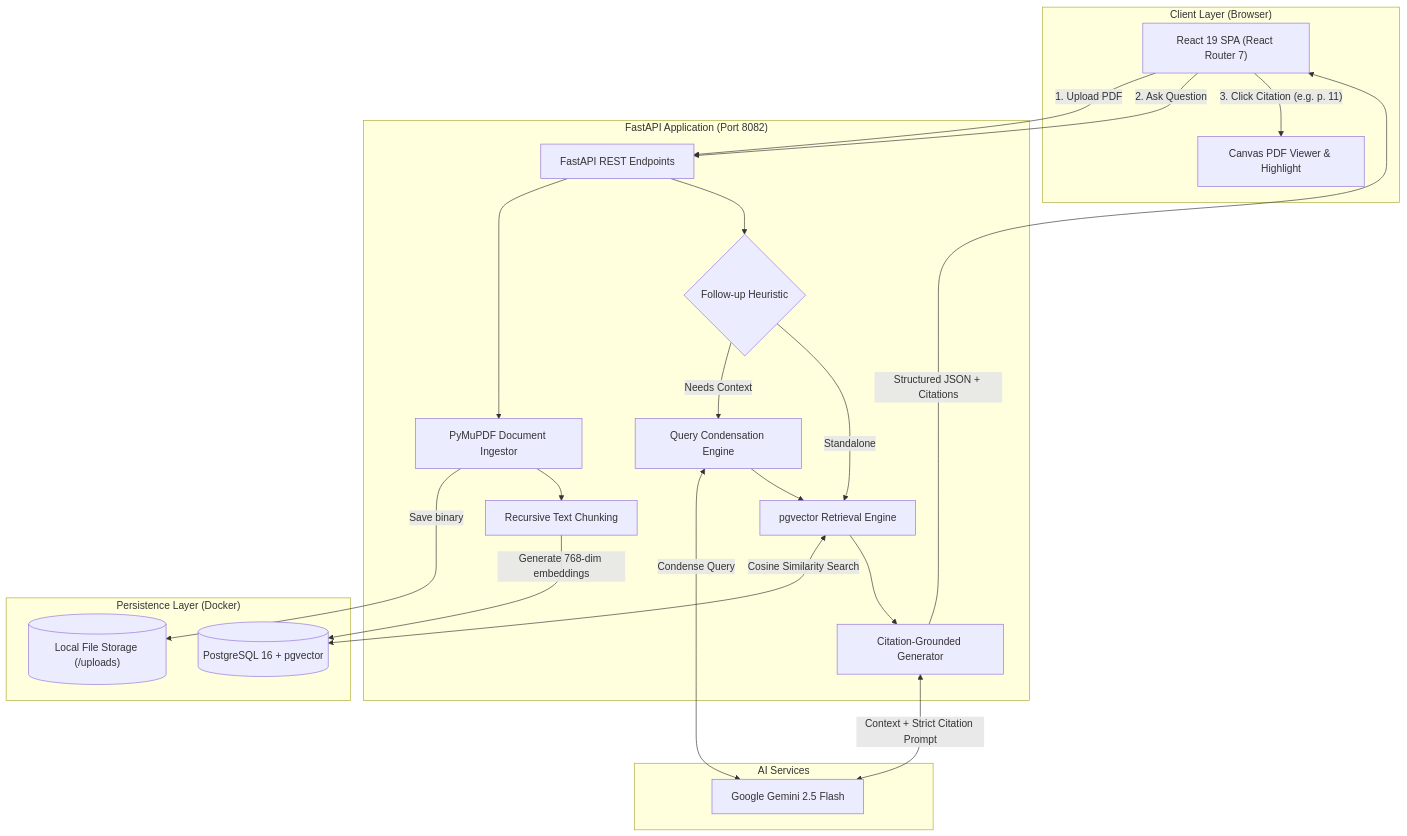
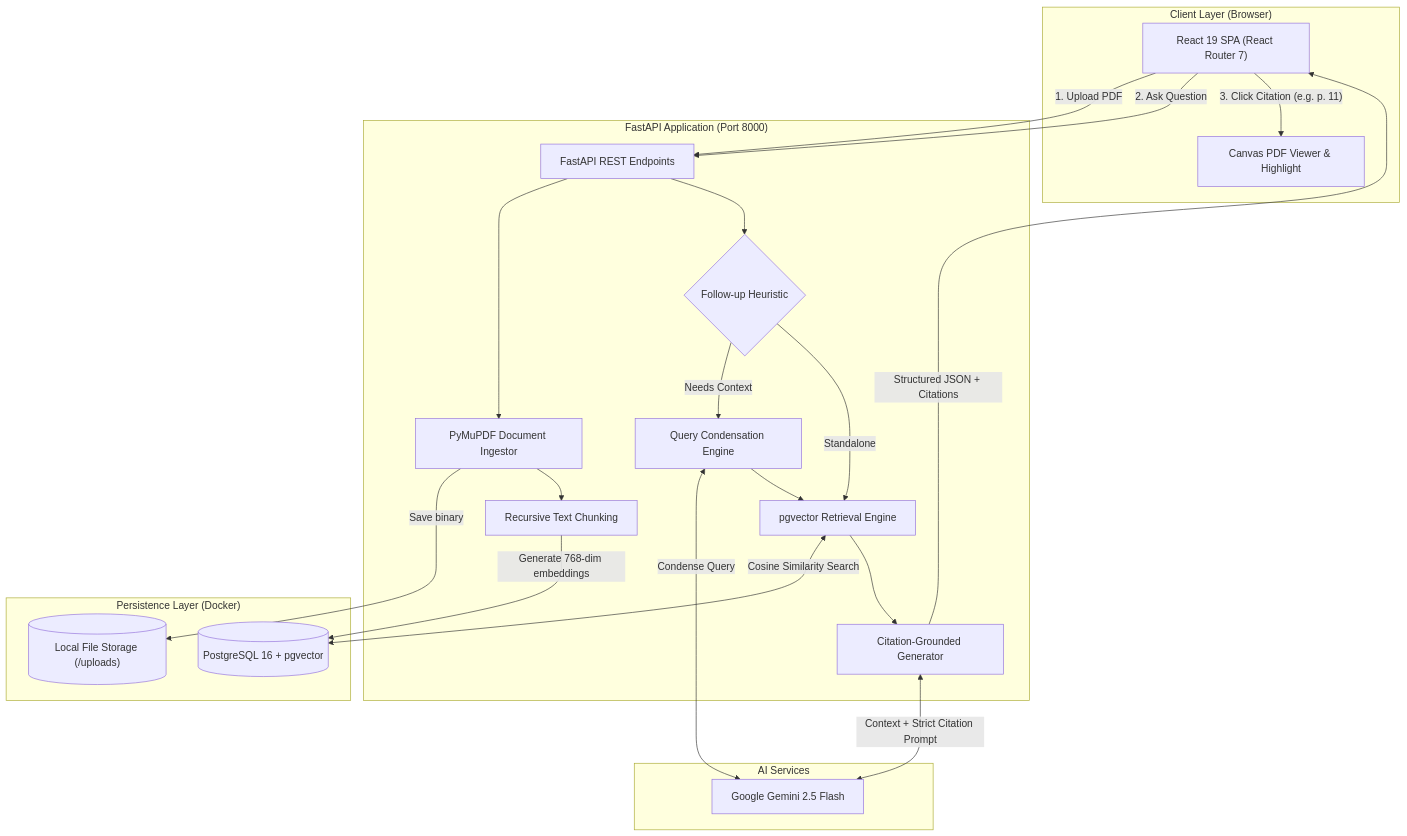
One commit to reganvannguyen/SourceLearn changed the diagram in README.md. Above: the diagram before and after it, drawn with Mermaid. The commit also changed other lines of this file and 16 other files, not shown here.

````diff
--- a/README.md
+++ b/README.md
@@ -54,44 +54,44 @@
 ```mermaid
 graph TD
     subgraph Client ["Client Layer (Browser)"]
         UI["React 19 SPA (React Router 7)"]
         CanvasViewer["Canvas PDF Viewer & Highlight"]
     end
 
-    subgraph Backend ["FastAPI Application (Port 8082)"]
+    subgraph Backend ["FastAPI Application (Port 8000)"]
         API["FastAPI REST Endpoints"]
         Ingest["PyMuPDF Document Ingestor"]
         Splitter["Recursive Text Chunking"]
         Heuristic{"Follow-up Heuristic"}
         Rewriter["Query Condensation Engine"]
         Retriever["pgvector Retrieval Engine"]
         Synthesizer["Citation-Grounded Generator"]
     end
 
     subgraph Storage ["Persistence Layer (Docker)"]
         PGVector[("PostgreSQL 16 + pgvector")]
         FileStore[("Local File Storage (/uploads)")]
     end
 
     subgraph AI ["AI Services"]
         GeminiFlash["Google Gemini 2.5 Flash"]
     end
 
     UI -->|1. Upload PDF| API
     API --> Ingest
     Ingest -->|Save binary| FileStore
     Ingest --> Splitter
     Splitter -->|Generate 768-dim embeddings| PGVector
 
     UI -->|2. Ask Question| API
     API --> Heuristic
     Heuristic -->|Needs Context| Rewriter
     Rewriter <-->|Condense Query| GeminiFlash
     Heuristic -->|Standalone| Retriever
     Rewriter --> Retriever
     Retriever <-->|Cosine Similarity Search| PGVector
     Retriever --> Synthesizer
     Synthesizer <-->|Context + Strict Citation Prompt| GeminiFlash
     Synthesizer -->|Structured JSON + Citations| UI
     UI -->|"3. Click Citation (e.g. p. 11)"| CanvasViewer
 ```
````
